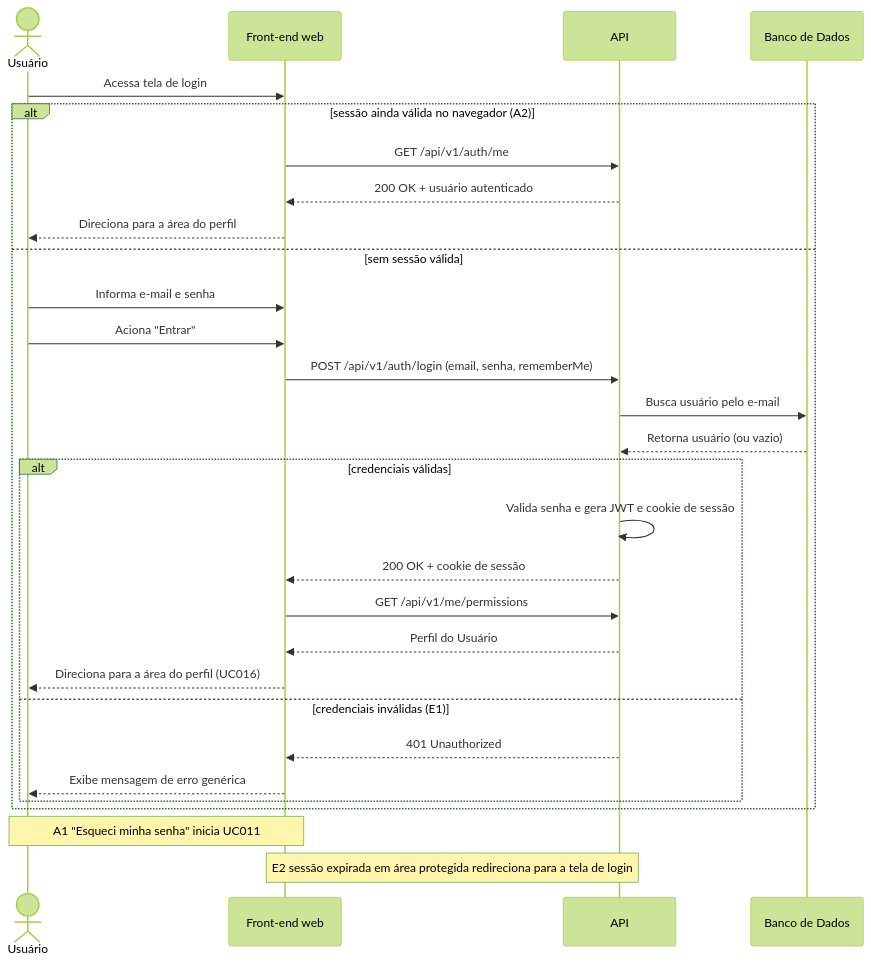
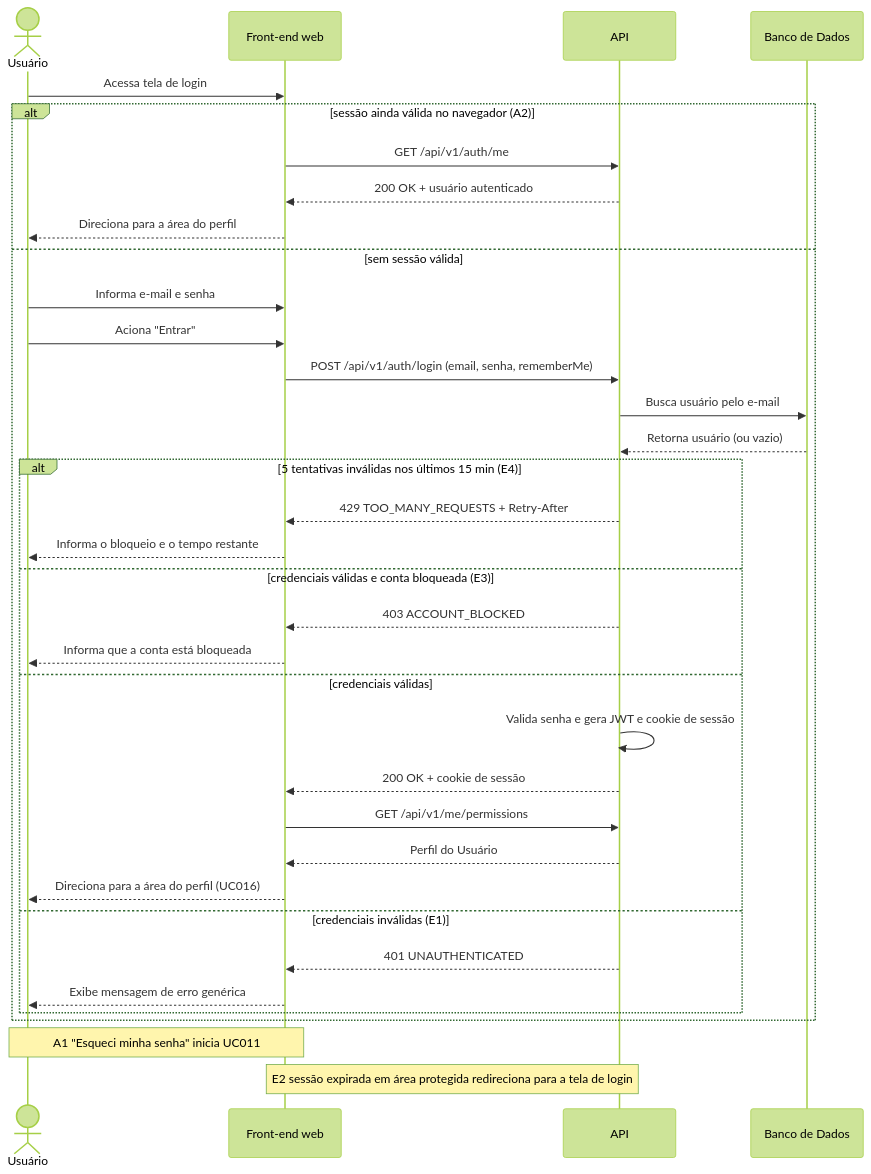
Before and after one commit to Plataforma-de-Cursos-TCC/plataforma-cursos-docs: the diagram in docs/ssd/UC005-realizar-login.md, drawn with Mermaid (forest theme). The commit also changed 2 other files, not shown here.

Commit message:
docs(tdd): map the API error codes and align the Area A flows
The error list only had the generic codes, so several use case flows had
no code to return. The TDD now carries a table with every code, its HTTP
status, when it applies and which use case flows use it, plus the rules
behind it: a stable code with the message translated to the user's
language, Retry-After on 429 and 503, and the same status and body on
the anti-enumeration answers.

New codes cover what the flows already needed: ACCOUNT_BLOCKED (403) for
a blocked account, RESET_TOKEN_EXPIRED and RESET_TOKEN_INVALID (422) for
the reset link, CONFLICT (409), PAYLOAD_TOO_LARGE (413) and
SERVICE_UNAVAILABLE (503). Forgot-password answers 200 with the same
message whether or not the e-mail exists, and a wrong current password
is a 422 on the field, never a 401, which the SPA would read as an
expired session. The login and reset SSDs follow the same codes. The
codes for areas B to D wait for each area to confirm.

````diff
--- a/docs/ssd/UC005-realizar-login.md
+++ b/docs/ssd/UC005-realizar-login.md
@@ -5,32 +5,38 @@
 ```mermaid
 sequenceDiagram
     actor Usuário
     participant FE as Front-end web
     participant API
     participant DB as Banco de Dados
 
     Usuário->>FE: Acessa tela de login
     alt sessão ainda válida no navegador (A2)
         FE->>API: GET /api/v1/auth/me
         API-->>FE: 200 OK + usuário autenticado
         FE-->>Usuário: Direciona para a área do perfil
     else sem sessão válida
         Usuário->>FE: Informa e-mail e senha
         Usuário->>FE: Aciona "Entrar"
         FE->>API: POST /api/v1/auth/login (email, senha, rememberMe)
         API->>DB: Busca usuário pelo e-mail
         DB-->>API: Retorna usuário (ou vazio)
-        alt credenciais válidas
+        alt 5 tentativas inválidas nos últimos 15 min (E4)
+            API-->>FE: 429 TOO_MANY_REQUESTS + Retry-After
+            FE-->>Usuário: Informa o bloqueio e o tempo restante
+        else credenciais válidas e conta bloqueada (E3)
+            API-->>FE: 403 ACCOUNT_BLOCKED
+            FE-->>Usuário: Informa que a conta está bloqueada
+        else credenciais válidas
             API->>API: Valida senha e gera JWT e cookie de sessão
             API-->>FE: 200 OK + cookie de sessão
             FE->>API: GET /api/v1/me/permissions
             API-->>FE: Perfil do Usuário
             FE-->>Usuário: Direciona para a área do perfil (UC016)
         else credenciais inválidas (E1)
-            API-->>FE: 401 Unauthorized
+            API-->>FE: 401 UNAUTHENTICATED
             FE-->>Usuário: Exibe mensagem de erro genérica
         end
     end
     Note over Usuário,FE: A1 "Esqueci minha senha" inicia UC011
     Note over FE,API: E2 sessão expirada em área protegida redireciona para a tela de login
 ```
````
